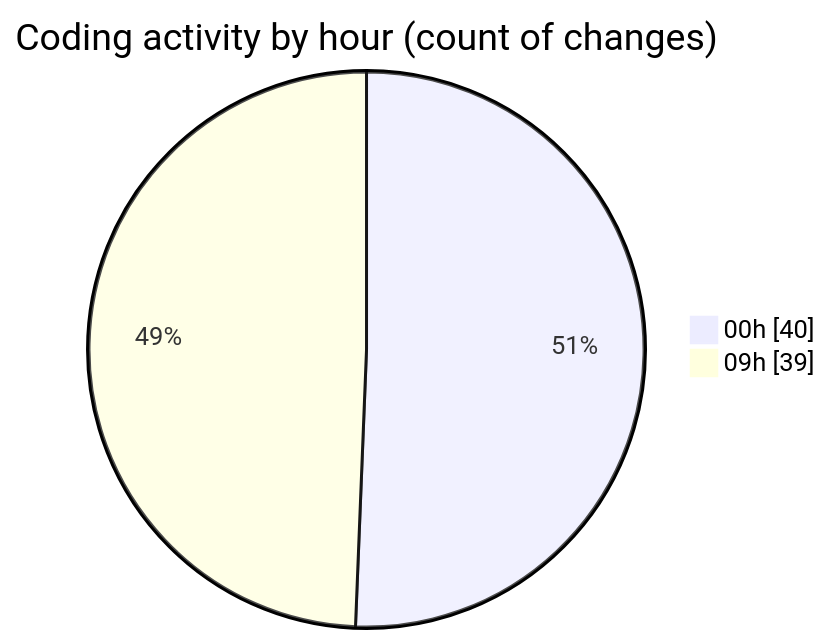
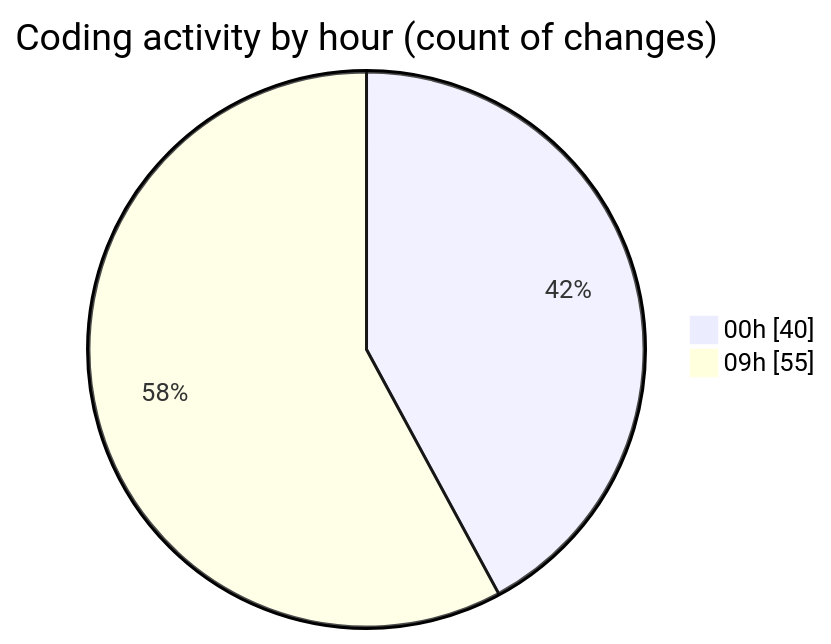
Before and after one commit to momahboobian/code-tracking: the second of 2 diagrams in 2025-06-18/cda/README.md, drawn with Mermaid. The commit also changed other lines of this file and 1 other file, not shown here.

````diff
--- a/2025-06-18/cda/README.md
+++ b/2025-06-18/cda/README.md
@@ -48,6 +48,6 @@
 ```mermaid
 pie showData
 title Coding activity by hour (count of changes)
 "00h" : 40
-"09h" : 39
+"09h" : 55
 ```
````
